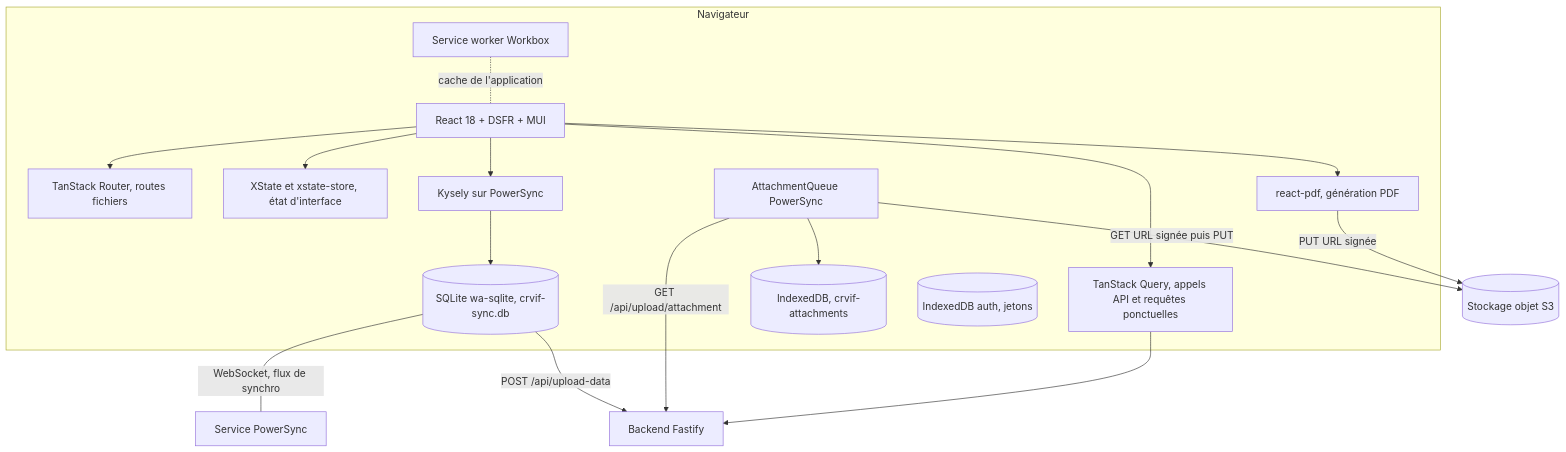
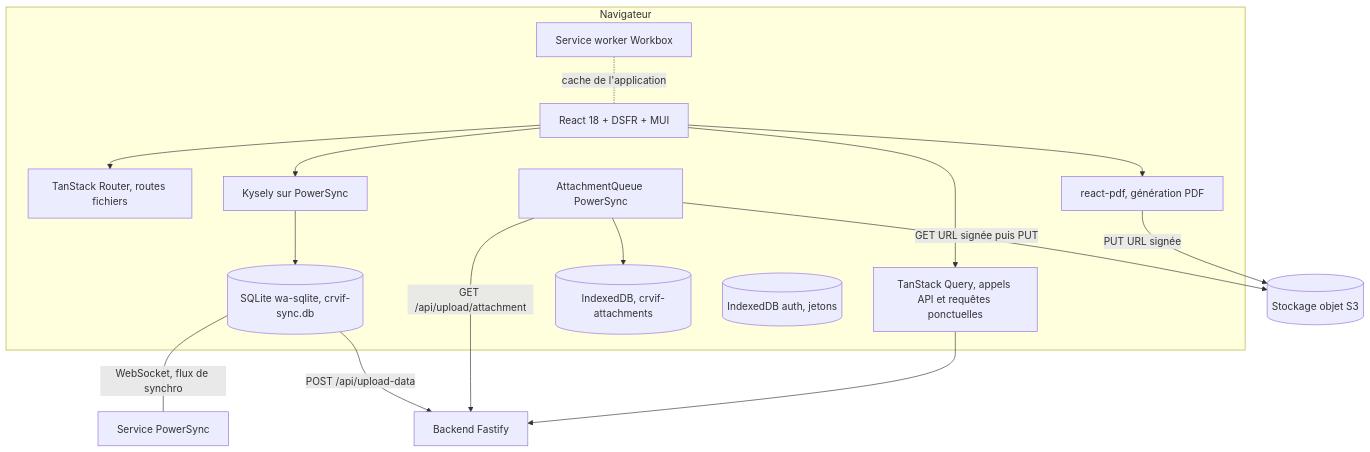
The first of 5 diagrams in docs/03-frontend-pwa.md (betagouv/patrinotes), drawn with Mermaid before and after one commit. The commit also changed other lines of this file and 19 other files, not shown here.

````diff
--- a/docs/03-frontend-pwa.md
+++ b/docs/03-frontend-pwa.md
@@ -18,29 +18,27 @@
 ```mermaid
 flowchart TB
     subgraph Navigateur
         UI["React 18 + DSFR + MUI"]
         Router["TanStack Router, routes fichiers"]
         RQ["TanStack Query, appels API et requêtes ponctuelles"]
-        Stores["XState et xstate-store, état d'interface"]
         Kysely["Kysely sur PowerSync"]
         SQLite[("SQLite wa-sqlite, crvif-sync.db")]
         AttQ["AttachmentQueue PowerSync"]
         IDB[("IndexedDB, crvif-attachments")]
         AuthIDB[("IndexedDB auth, jetons")]
         SW["Service worker Workbox"]
         PDF["react-pdf, génération PDF"]
     end
     UI --> Router
     UI --> RQ
-    UI --> Stores
     UI --> Kysely --> SQLite
     UI --> PDF
     AttQ --> IDB
     SQLite -- "WebSocket, flux de synchro" --- PS["Service PowerSync"]
     SQLite -- "POST /api/upload-data" --> API["Backend Fastify"]
     AttQ -- "GET URL signée puis PUT" --> S3[("Stockage objet S3")]
     AttQ -- "GET /api/upload/attachment" --> API
     PDF -- "PUT URL signée" --> S3
     RQ --> API
     SW -. "cache de l'application" .- UI
 ```
````
